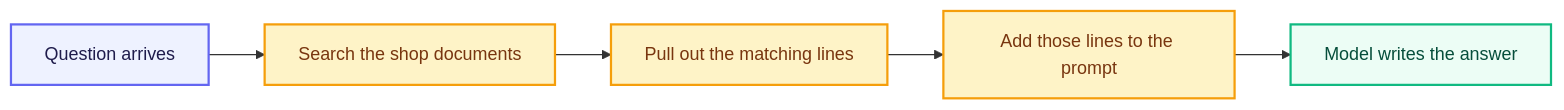
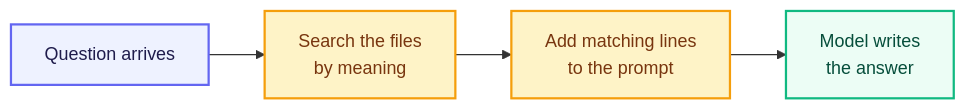
The second of 3 diagrams in modules/m2-introduction-to-ai-systems/unit-m2-2-the-2026-ai-stack.md (VishnuKumpati/Python-foundations), drawn with Mermaid before and after one commit. The commit also changed other lines of this file, not shown here.

````diff
--- a/modules/m2-introduction-to-ai-systems/unit-m2-2-the-2026-ai-stack.md
+++ b/modules/m2-introduction-to-ai-systems/unit-m2-2-the-2026-ai-stack.md
@@ -101,15 +116,12 @@
 ```mermaid
 flowchart LR
-    A[Question arrives] --> B[Search the shop documents]
-    B --> C[Pull out the matching lines]
-    C --> D[Add those lines to the prompt]
-    D --> E[Model writes the answer]
+    A[Question arrives] --> B[Search the files<br/>by meaning] --> C[Add matching lines<br/>to the prompt] --> D[Model writes<br/>the answer]
 
     classDef ask fill:#EEF2FF,stroke:#6366F1,stroke-width:2px,color:#1E1B4B
     classDef work fill:#FEF3C7,stroke:#F59E0B,stroke-width:2px,color:#78350F
     classDef out fill:#ECFDF5,stroke:#10B981,stroke-width:2px,color:#064E3B
 
     class A ask
-    class B,C,D work
-    class E out
+    class B,C work
+    class D out
 ```
````
